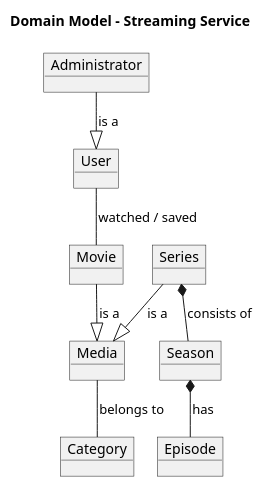
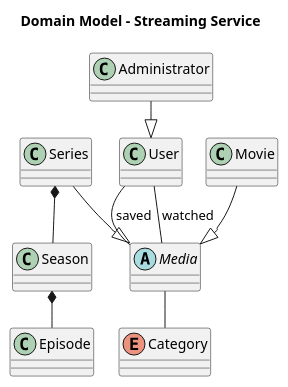
One commit to Borntofart/DAT-1.-semester---SP3---streaming-tjeneste changed the diagram in doc/domæne.puml. Above: the diagram before and after it, drawn with PlantUML.

Commit message:
opdateret domænemodel

```diff
--- a/doc/domæne.puml
+++ b/doc/domæne.puml
@@ -1,26 +1,29 @@
 @startuml
 !pragma layout smetana
 
 title Domain Model - Streaming Service
 
-object Media
-object Movie
-object Series
-object Season
-object Episode
-object Category
-object User
-object Administrator
+abstract class Media
+class Movie
+class Series
+class Season
+class Episode
+class User
+class Administrator
+enum Category
 
-Movie --|> Media : is a
-Series --|> Media : is a
-Administrator --|> User : is a
+' ===== Arv =====
+Movie --|> Media
+Series --|> Media
+Administrator --|> User
 
-Series *-- Season : consists of
-Season *-- Episode : has
+' ===== Relationer =====
+Series *-- Season
+Season *-- Episode
 
-Media -- Category : belongs to
+Media -- Category
 
-User -- Movie : watched / saved
+User -- Media : watched
+User -- Media : saved
 
 @enduml
```
